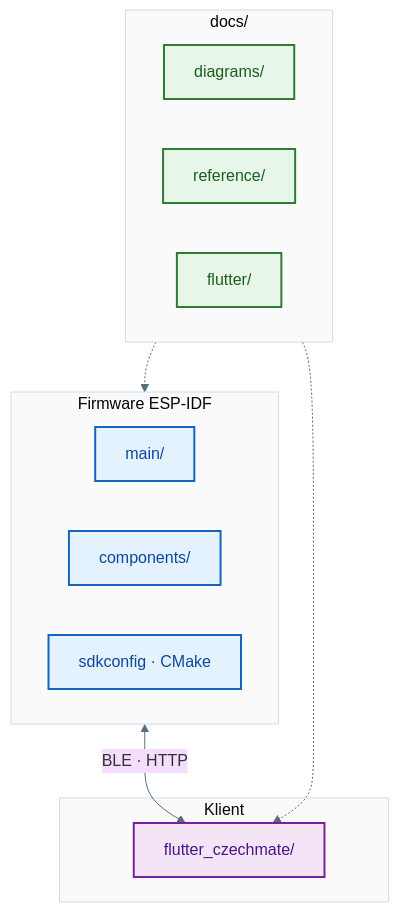
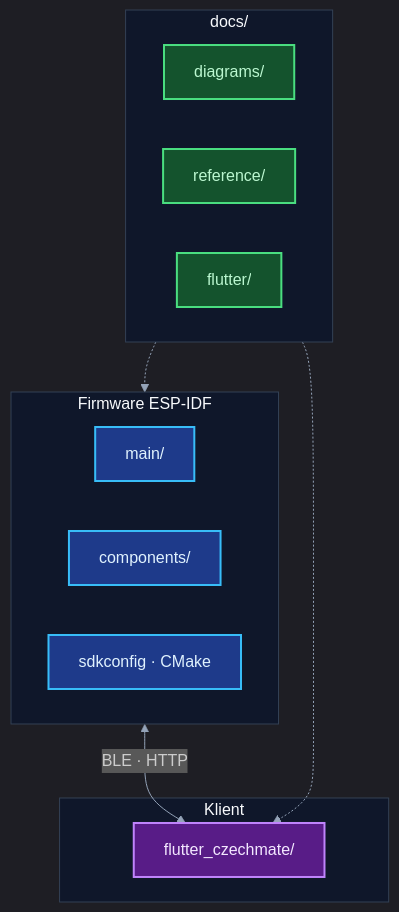
Before and after one commit to AlfredKrutina/chess_esp32_c6_devkit: the diagram in docs/README.md, drawn with Mermaid. The commit also changed other lines of this file and 97 other files, not shown here.

Commit message:
more diagrams

````diff
--- a/docs/README.md
+++ b/docs/README.md
@@ -11,24 +45,24 @@
 ```mermaid
-%%{init: {'theme':'base', 'themeVariables': {'lineColor':'#546e7a','clusterBkg':'#fafafa'}}}%%
+%%{init: {'theme':'dark','themeVariables':{'lineColor':'#94a3b8','clusterBkg':'#0f172a','clusterBorder':'#334155','primaryTextColor':'#f1f5f9','titleColor':'#f8fafc'}}}%%
 flowchart TB
   subgraph FW["Firmware ESP-IDF"]
     M[main/]:::fw
     C[components/]:::fw
     CM[sdkconfig · CMake]:::fw
   end
   subgraph APP["Klient"]
     FL[flutter_czechmate/]:::app
   end
   subgraph DOC["docs/"]
     DG[diagrams/]:::doc
     RF[reference/]:::doc
     DF[flutter/]:::doc
   end
   FW <-->|BLE · HTTP| FL
   DOC -.-> FW
   DOC -.-> FL
 
-  classDef fw fill:#e3f2fd,stroke:#1565c0,stroke-width:2px,color:#0d47a1
-  classDef app fill:#f3e5f5,stroke:#7b1fa2,stroke-width:2px,color:#4a148c
-  classDef doc fill:#e8f5e9,stroke:#2e7d32,stroke-width:2px,color:#1b5e20
+  classDef fw fill:#1e3a8a,stroke:#38bdf8,stroke-width:2px,color:#e0f2fe
+  classDef app fill:#581c87,stroke:#c084fc,stroke-width:2px,color:#f3e8ff
+  classDef doc fill:#14532d,stroke:#4ade80,stroke-width:2px,color:#bbf7d0
 ```
````
